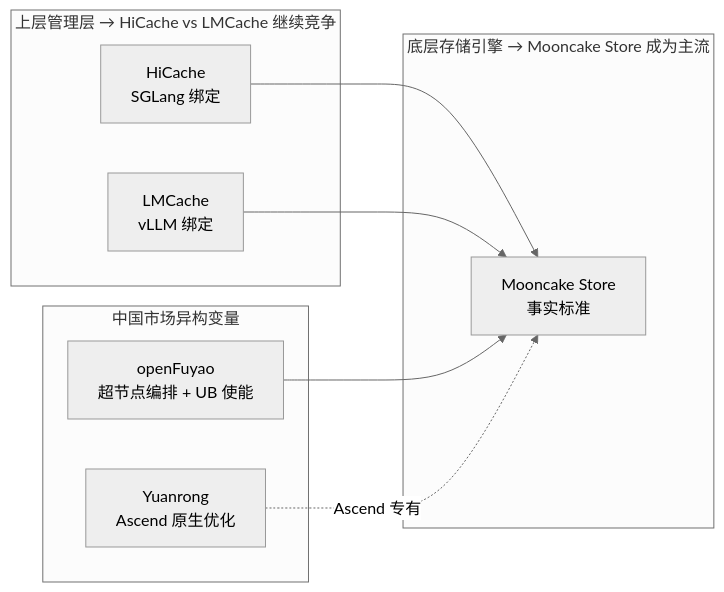
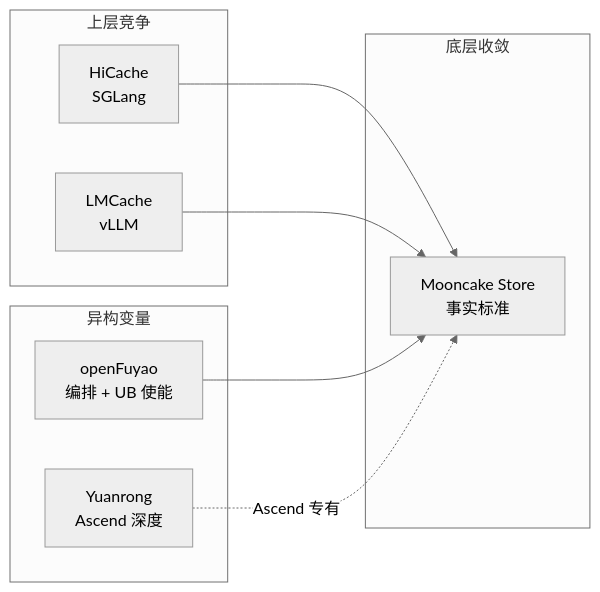
One commit to QJWang23/Mooncake changed the eighth of 10 diagrams in docs/superpowers/briefings/2026-06-11-distributed-kvcache-executive-briefing.md. Above: the diagram before and after it, drawn with Mermaid (neutral theme). The commit also changed other lines of this file, not shown here.

````diff
--- a/docs/superpowers/briefings/2026-06-11-distributed-kvcache-executive-briefing.md
+++ b/docs/superpowers/briefings/2026-06-11-distributed-kvcache-executive-briefing.md
@@ -345,21 +279,21 @@
 ```mermaid
 graph LR
-    subgraph 底层收敛["底层存储引擎 → Mooncake Store 成为主流"]
-        MK_CORE["Mooncake Store<br/>事实标准"]
+    subgraph 底层["底层收敛"]
+        MK2["Mooncake Store<br/>事实标准"]
     end
 
-    subgraph 上层竞争["上层管理层 → HiCache vs LMCache 继续竞争"]
-        HC2["HiCache<br/>SGLang 绑定"]
-        LMC2["LMCache<br/>vLLM 绑定"]
+    subgraph 上层["上层竞争"]
+        HC2["HiCache<br/>SGLang"]
+        LMC2["LMCache<br/>vLLM"]
     end
 
-    subgraph 异构变量["中国市场异构变量"]
-        YR2["Yuanrong<br/>Ascend 原生优化"]
-        OF2["openFuyao<br/>超节点编排 + UB 使能"]
+    subgraph 异构["异构变量"]
+        YR2["Yuanrong<br/>Ascend 深度"]
+        OF2["openFuyao<br/>编排 + UB 使能"]
     end
 
-    HC2 --> MK_CORE
-    LMC2 --> MK_CORE
-    OF2 --> MK_CORE
-    YR2 -. Ascend 专有 .-> MK_CORE
+    HC2 --> MK2
+    LMC2 --> MK2
+    OF2 --> MK2
+    YR2 -. Ascend 专有 .-> MK2
 ```
````
